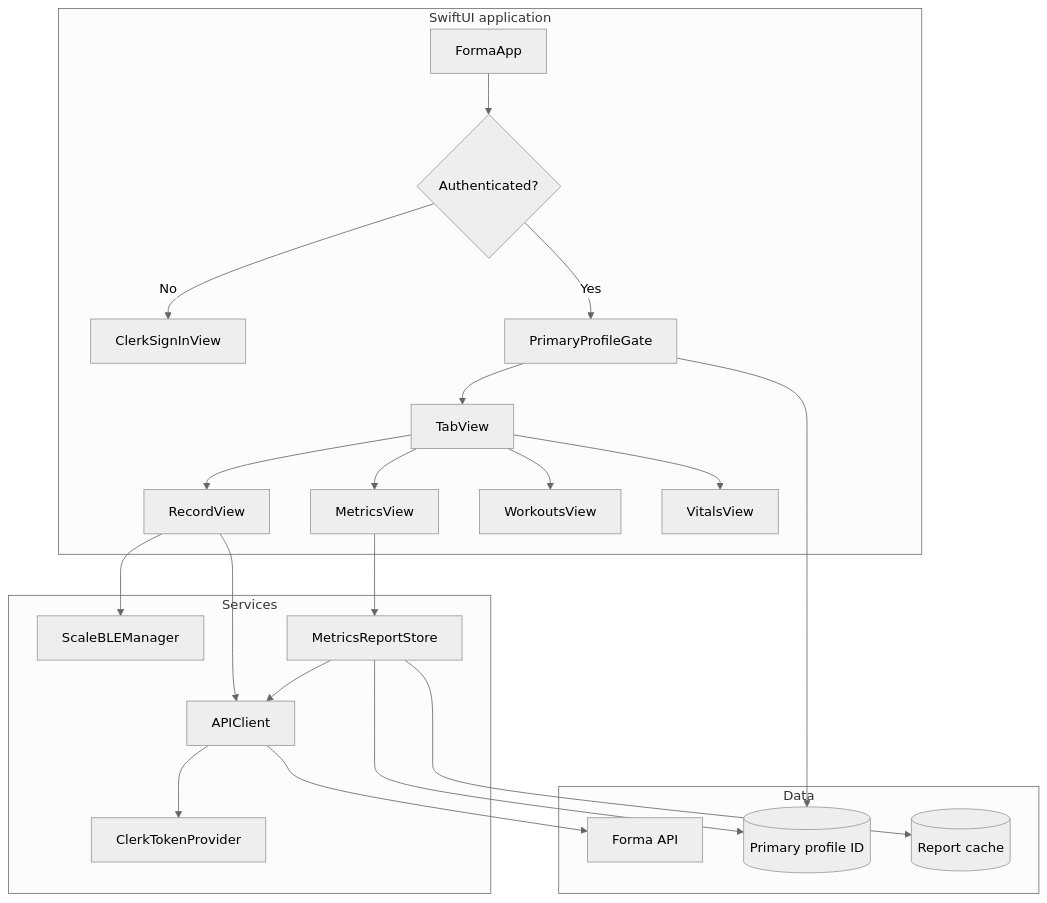
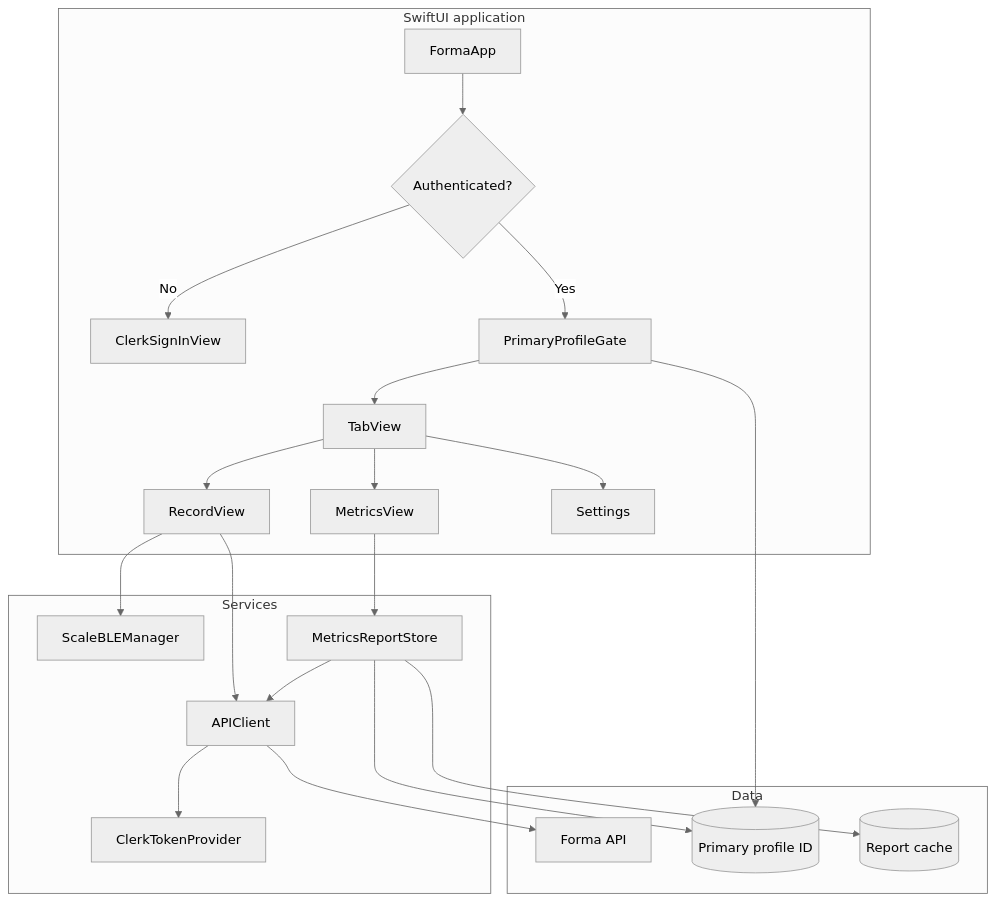
One commit to aneeshpatne/healthmaxxing changed the third of 3 diagrams in ios/README.md. Above: the diagram before and after it, drawn with Mermaid (neutral theme). The commit also changed other lines of this file, not shown here.

First line of the commit message:
Document simplified tab shell without Workouts and Vitals.

````diff
--- a/ios/README.md
+++ b/ios/README.md
@@ -94,36 +94,35 @@
 ```mermaid
 graph TB
     subgraph App[SwiftUI application]
         ENTRY[FormaApp] --> AUTH{Authenticated?}
         AUTH -->|No| SIGNIN[ClerkSignInView]
         AUTH -->|Yes| GATE[PrimaryProfileGate]
         GATE --> ROOT[TabView]
         ROOT --> METRICS[MetricsView]
         ROOT --> RECORD[RecordView]
-        ROOT --> WORKOUTS[WorkoutsView]
-        ROOT --> VITALS[VitalsView]
+        ROOT --> SETTINGS[Settings]
     end
 
     subgraph Services
         BLE[ScaleBLEManager]
         CLIENT[APIClient]
         TOKEN[ClerkTokenProvider]
         STORE[MetricsReportStore]
     end
 
     subgraph Data
         BACKEND[Forma API]
         PROFILE[(Primary profile ID)]
         REPORT[(Report cache)]
     end
 
     RECORD --> BLE
     RECORD --> CLIENT
     METRICS --> STORE
     STORE --> CLIENT
     CLIENT --> TOKEN
     CLIENT --> BACKEND
     GATE --> PROFILE
     STORE --> PROFILE
     STORE --> REPORT
 ```
````
